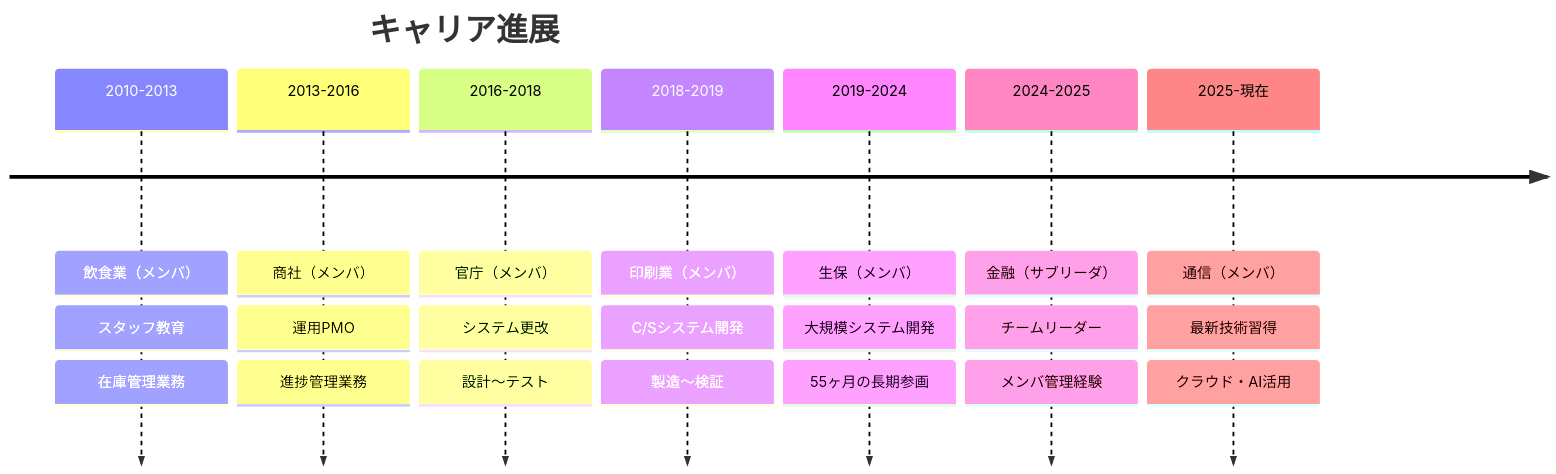
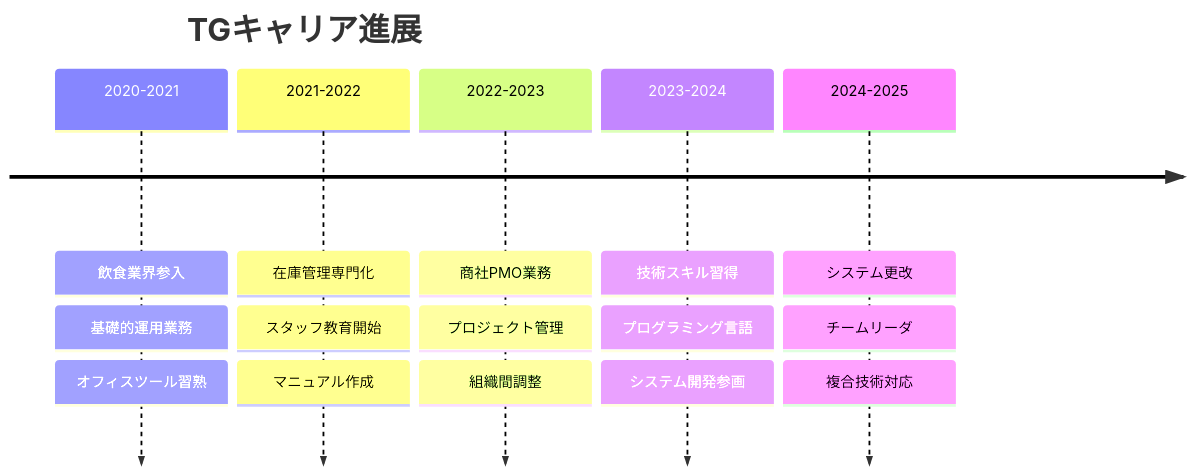
Before and after one commit to MasatakaNakamura/xlsx-data-analyzer: the third of 4 diagrams in docs/TG_経歴書_詳細.md, drawn with Mermaid. The commit also changed other lines of this file and 32 other files, not shown here.

````diff
--- a/docs/TG_経歴書_詳細.md
+++ b/docs/TG_経歴書_詳細.md
@@ -311,25 +181,19 @@
 ```mermaid
 timeline
-    title キャリア進展
-    2010-2013 : 飲食業（メンバ）
-              : スタッフ教育
-              : 在庫管理業務
-    2013-2016 : 商社（メンバ）
-              : 運用PMO
-              : 進捗管理業務
-    2016-2018 : 官庁（メンバ）
-              : システム更改
-              : 設計〜テスト
-    2018-2019 : 印刷業（メンバ）
-              : C/Sシステム開発
-              : 製造〜検証
-    2019-2024 : 生保（メンバ）
-              : 大規模システム開発
-              : 55ヶ月の長期参画
-    2024-2025 : 金融（サブリーダ）
-              : チームリーダー
-              : メンバ管理経験
-    2025-現在 : 通信（メンバ）
-              : 最新技術習得
-              : クラウド・AI活用
+    title TGキャリア進展
+    2020-2021 : 飲食業界参入
+              : 基礎的運用業務
+              : オフィスツール習熟
+    2021-2022 : 在庫管理専門化
+              : スタッフ教育開始
+              : マニュアル作成
+    2022-2023 : 商社PMO業務
+              : プロジェクト管理
+              : 組織間調整
+    2023-2024 : 技術スキル習得
+              : プログラミング言語
+              : システム開発参画
+    2024-2025 : システム更改
+              : チームリーダ
+              : 複合技術対応
 ```
````
